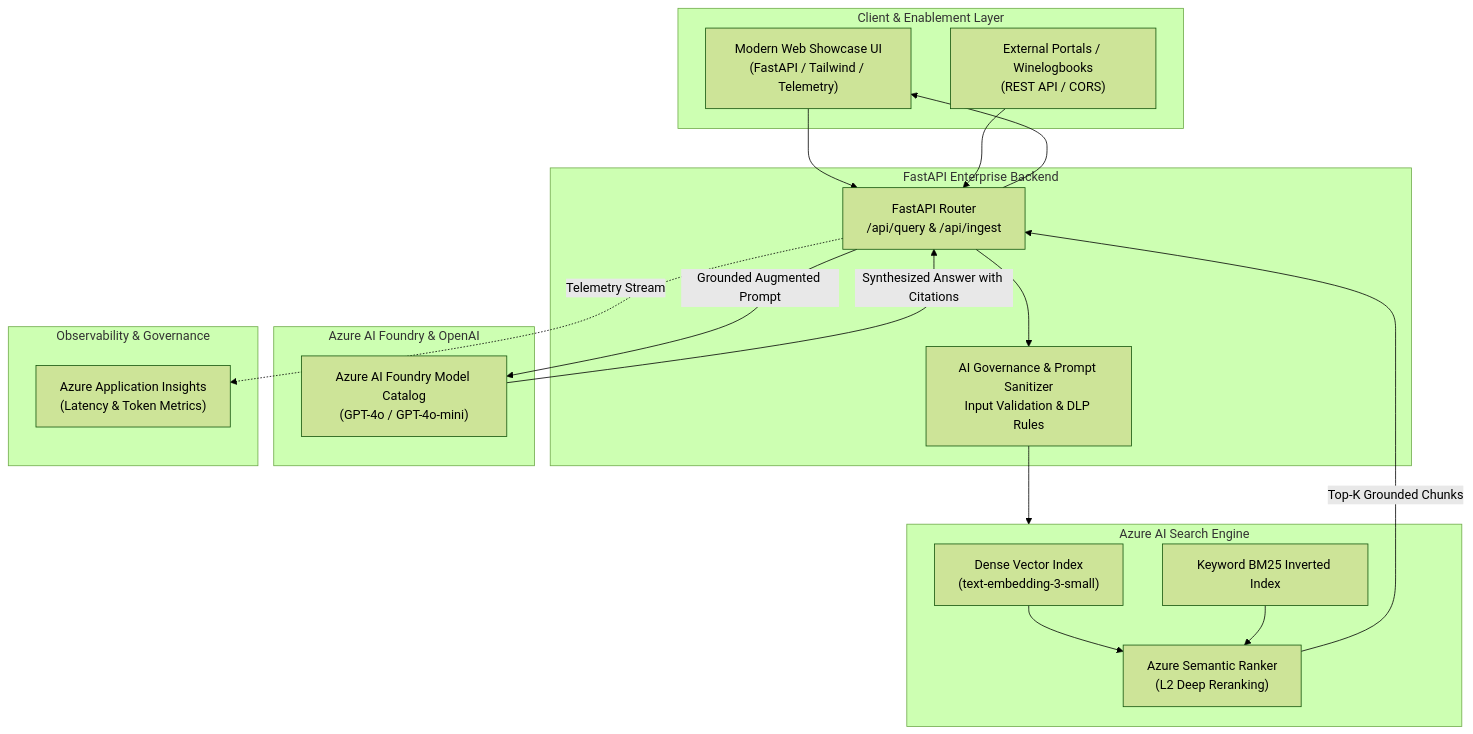
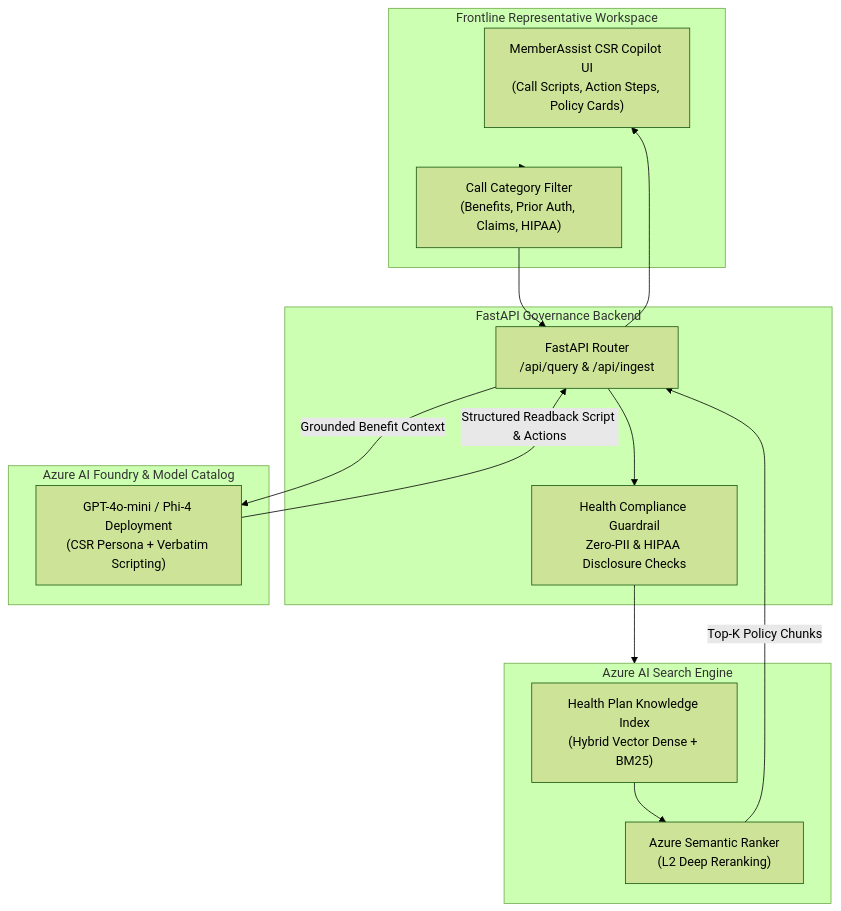
Before and after one commit to N8Space/intelligent-knowledge-hub: the diagram in README.md, drawn with Mermaid (forest theme). The commit also changed other lines of this file and 12 other files, not shown here.

Commit message:
feat: pivot to MemberAssist Health Insurance CSR Knowledge Hub

````diff
--- a/README.md
+++ b/README.md
@@ -29,38 +27,31 @@
 ```mermaid
 flowchart TD
-    subgraph Client ["Client & Enablement Layer"]
-        UI["Modern Web Showcase UI<br/>(FastAPI / Tailwind / Telemetry)"]
-        Ext["External Portals / Winelogbooks<br/>(REST API / CORS)"]
+    subgraph CSR ["Frontline Representative Workspace"]
+        UI["MemberAssist CSR Copilot UI<br/>(Call Scripts, Action Steps, Policy Cards)"]
+        Filter["Call Category Filter<br/>(Benefits, Prior Auth, Claims, HIPAA)"]
     end
 
-    subgraph API ["FastAPI Enterprise Backend"]
+    subgraph API ["FastAPI Governance Backend"]
         Router["FastAPI Router<br/>/api/query & /api/ingest"]
-        Guardrails["AI Governance & Prompt Sanitizer<br/>Input Validation & DLP Rules"]
+        Guardrails["Health Compliance Guardrail<br/>Zero-PII & HIPAA Disclosure Checks"]
     end
 
-    subgraph Retrieval ["Azure AI Search Engine"]
-        Vector["Dense Vector Index<br/>(text-embedding-3-small)"]
-        Keyword["Keyword BM25 Inverted Index"]
-        Reranker["Azure Semantic Ranker<br/>(L2 Deep Reranking)"]
+    subgraph Search ["Azure AI Search Engine"]
+        Index["Health Plan Knowledge Index<br/>(Hybrid Vector Dense + BM25)"]
+        Semantic["Azure Semantic Ranker<br/>(L2 Deep Reranking)"]
     end
 
-    subgraph Inference ["Azure AI Foundry & OpenAI"]
-        Model["Azure AI Foundry Model Catalog<br/>(GPT-4o / GPT-4o-mini)"]
+    subgraph LLM ["Azure AI Foundry & Model Catalog"]
+        Copilot["GPT-4o-mini / Phi-4 Deployment<br/>(CSR Persona + Verbatim Scripting)"]
     end
 
-    subgraph Telemetry ["Observability & Governance"]
-        AppInsights["Azure Application Insights<br/>(Latency & Token Metrics)"]
-    end
-
-    UI --> Router
-    Ext --> Router
+    CSR --> Filter
+    Filter --> Router
     Router --> Guardrails
-    Guardrails --> Retrieval
-    Vector --> Reranker
-    Keyword --> Reranker
-    Reranker -->|Top-K Grounded Chunks| Router
-    Router -->|Grounded Augmented Prompt| Model
-    Model -->|Synthesized Answer with Citations| Router
+    Guardrails --> Search
+    Index --> Semantic
+    Semantic -->|Top-K Policy Chunks| Router
+    Router -->|Grounded Benefit Context| Copilot
+    Copilot -->|Structured Readback Script & Actions| Router
     Router --> UI
-    Router -.->|Telemetry Stream| AppInsights
 ```
````
